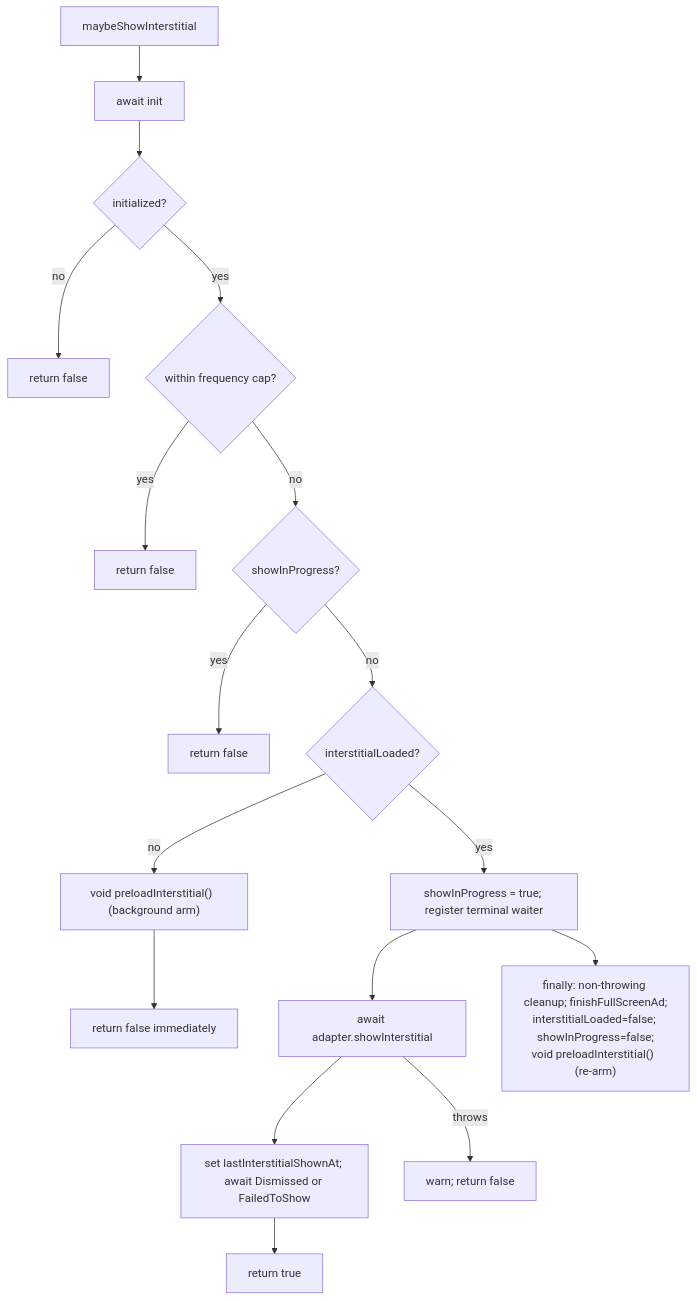
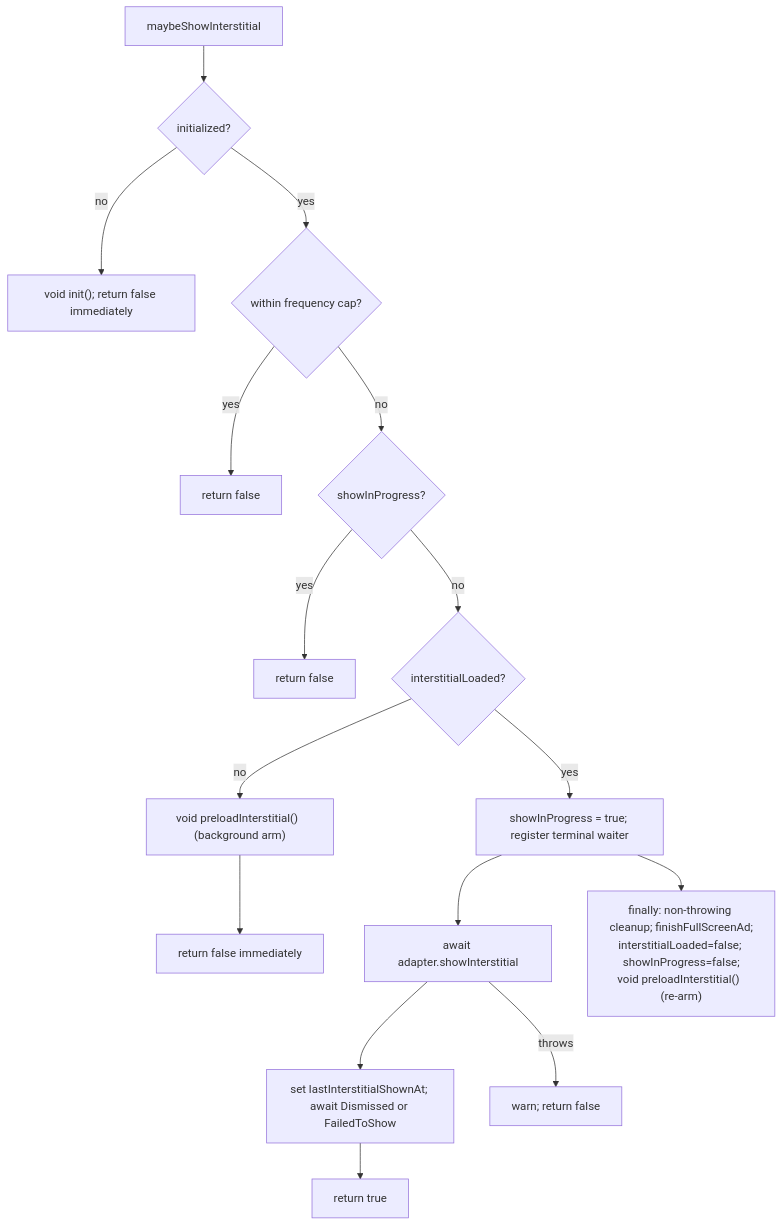
Before and after one commit to batu/fabrikav2: the first of 2 diagrams in docs/plans/2026-07-10-001-fix-admob-interstitial-ready-only-rearm-plan.md, drawn with Mermaid. The commit also changed other lines of this file, not shown here.

````diff
--- a/docs/plans/2026-07-10-001-fix-admob-interstitial-ready-only-rearm-plan.md
+++ b/docs/plans/2026-07-10-001-fix-admob-interstitial-ready-only-rearm-plan.md
@@ -169,18 +178,17 @@
 ```mermaid
 flowchart TD
-  A[maybeShowInterstitial] --> B[await init]
-  B --> C{initialized?}
-  C -- no --> F0[return false]
+  A[maybeShowInterstitial] --> C{initialized?}
+  C -- no --> B["void init(); return false immediately"]
   C -- yes --> D{within frequency cap?}
   D -- yes --> F1[return false]
   D -- no --> H{showInProgress?}
   H -- yes --> F3[return false]
   H -- no --> E{interstitialLoaded?}
   E -- no --> G["void preloadInterstitial()  (background arm)"] --> F2[return false immediately]
   E -- yes --> I[showInProgress = true; register terminal waiter]
   I --> J[await adapter.showInterstitial]
   J --> K[set lastInterstitialShownAt; await Dismissed or FailedToShow]
   K --> R[return true]
   J -- throws --> S[warn; return false]
   I --> Z["finally: non-throwing cleanup; finishFullScreenAd;\ninterstitialLoaded=false; showInProgress=false;\nvoid preloadInterstitial()  (re-arm)"]
 ```
````
